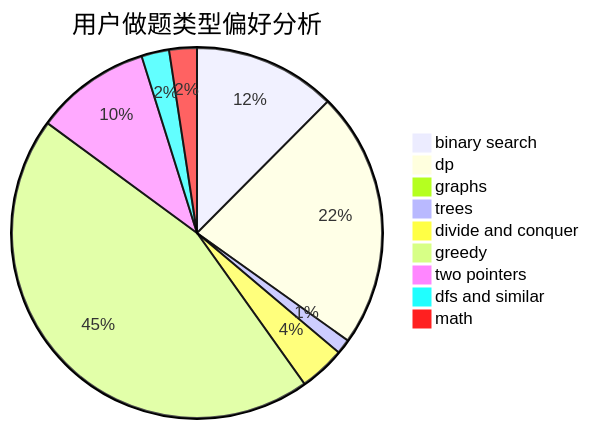
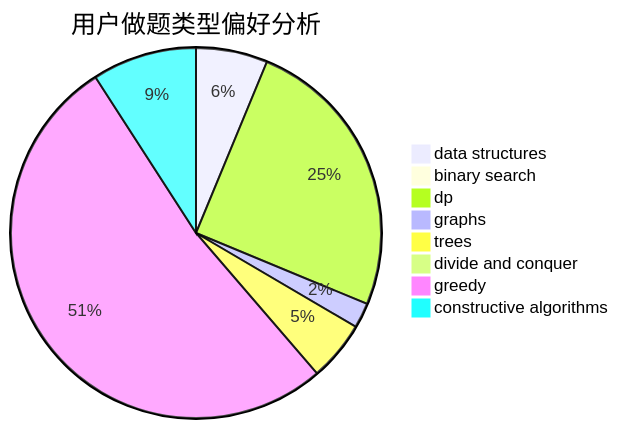
The second of 3 diagrams in docs/user/u396.md (sherpahu/cfrs.github.io), drawn with Mermaid before and after one commit. The commit also changed other lines of this file and 2775 other files, not shown here.

````diff
--- a/docs/user/u396.md
+++ b/docs/user/u396.md
@@ -23,12 +23,11 @@
 ```mermaid
 pie title 用户做题类型偏好分析
-    "binary search" :  299
-    "dp" :  538
-    "graphs" :  18
+    "data structures" :  37
+    "binary search" :  6
+    "dp" :  148
+    "graphs" :  13
     "trees" :  31
-    "divide and conquer" :  96
-    "greedy" :  1079
-    "two pointers" :  242
-    "dfs and similar" :  58
-    "math" :  58
+    "divide and conquer" :  6
+    "greedy" :  309
+    "constructive algorithms" :  54
 ```
````
